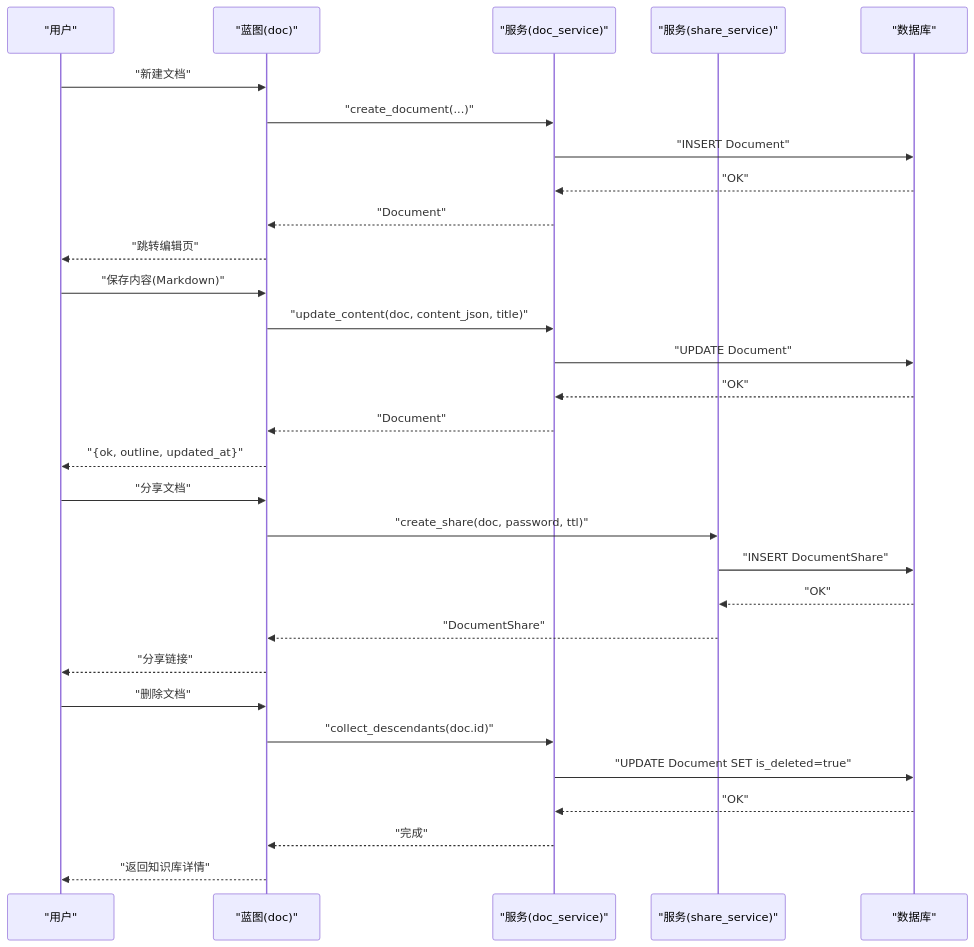
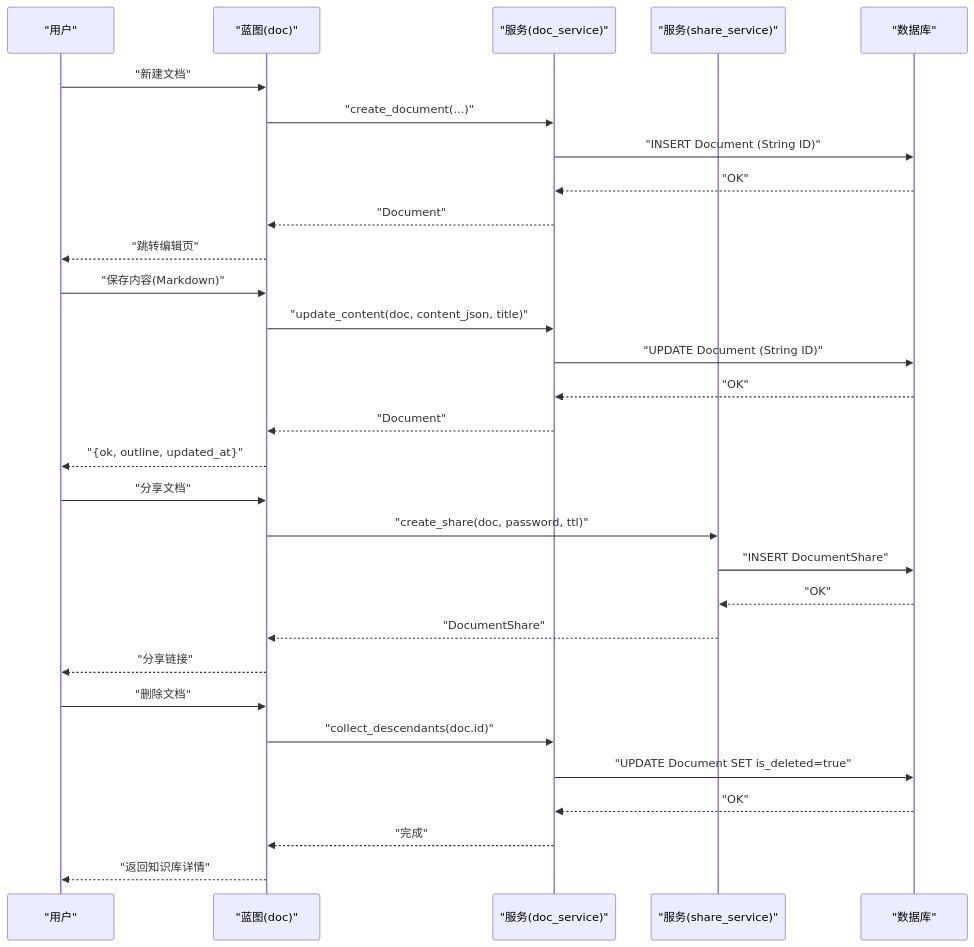
Before and after one commit to beyondalbert/my_wiki: the sixth of 7 diagrams in .qoder/repowiki/zh/content/数据模型设计/文档模型.md, drawn with Mermaid. The commit also changed other lines of this file and 21 other files, not shown here.

````diff
--- a/.qoder/repowiki/zh/content/数据模型设计/文档模型.md
+++ b/.qoder/repowiki/zh/content/数据模型设计/文档模型.md
@@ -334,32 +378,32 @@
 ```mermaid
 sequenceDiagram
 participant U as "用户"
 participant BP as "蓝图(doc)"
 participant SVC as "服务(doc_service)"
 participant SH as "服务(share_service)"
 participant DB as "数据库"
 U->>BP : "新建文档"
 BP->>SVC : "create_document(...)"
-SVC->>DB : "INSERT Document"
+SVC->>DB : "INSERT Document (String ID)"
 DB-->>SVC : "OK"
 SVC-->>BP : "Document"
 BP-->>U : "跳转编辑页"
 U->>BP : "保存内容(Markdown)"
 BP->>SVC : "update_content(doc, content_json, title)"
-SVC->>DB : "UPDATE Document"
+SVC->>DB : "UPDATE Document (String ID)"
 DB-->>SVC : "OK"
 SVC-->>BP : "Document"
 BP-->>U : "{ok, outline, updated_at}"
 U->>BP : "分享文档"
 BP->>SH : "create_share(doc, password, ttl)"
 SH->>DB : "INSERT DocumentShare"
 DB-->>SH : "OK"
 SH-->>BP : "DocumentShare"
 BP-->>U : "分享链接"
 U->>BP : "删除文档"
 BP->>SVC : "collect_descendants(doc.id)"
 SVC->>DB : "UPDATE Document SET is_deleted=true"
 DB-->>SVC : "OK"
 SVC-->>BP : "完成"
 BP-->>U : "返回知识库详情"
 ```
````
